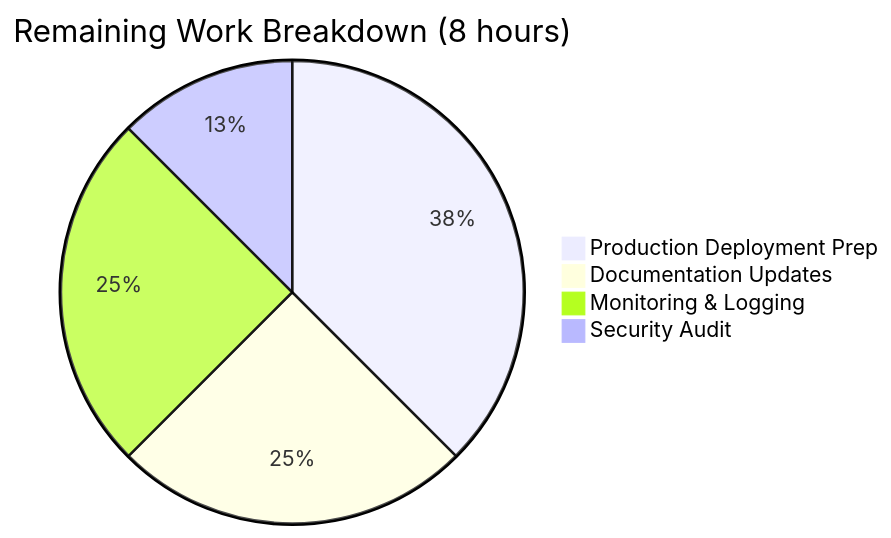
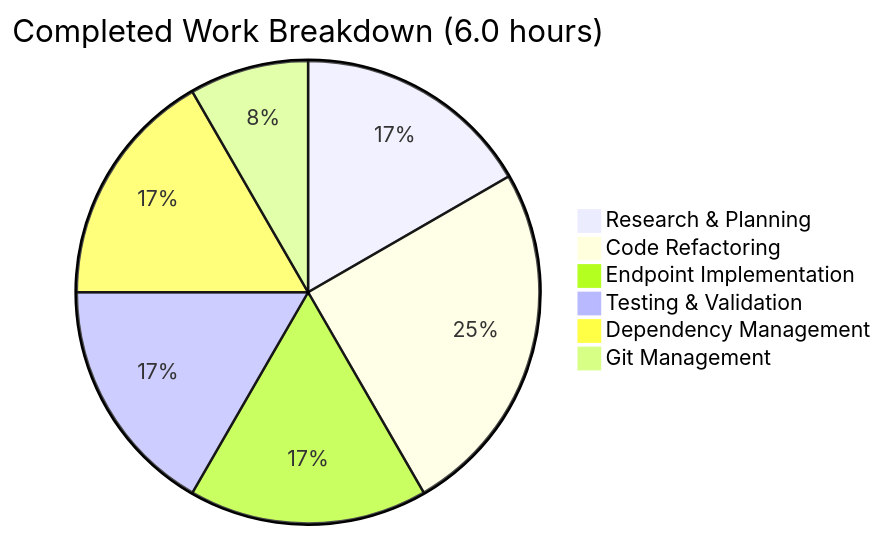
Before and after one commit to lakshya-blitzy/hello_world_lakshya_github: the second of 2 diagrams in blitzy/documentation/Project Guide.md, drawn with Mermaid. The commit also changed other lines of this file, not shown here.

Commit message:
Adding Blitzy Project Guide: Project Status and Human Tasks Remaining

````diff
--- a/blitzy/documentation/Project Guide.md
+++ b/blitzy/documentation/Project Guide.md
@@ -206,7 +334,9 @@
 ```mermaid
-pie title Remaining Work Breakdown (8 hours)
-    "Production Deployment Prep" : 3
-    "Documentation Updates" : 2
-    "Monitoring & Logging" : 2
-    "Security Audit" : 1
+pie title Completed Work Breakdown (6.0 hours)
+    "Research & Planning" : 1.0
+    "Code Refactoring" : 1.5
+    "Endpoint Implementation" : 1.0
+    "Testing & Validation" : 1.0
+    "Dependency Management" : 1.0
+    "Git Management" : 0.5
 ```
````
